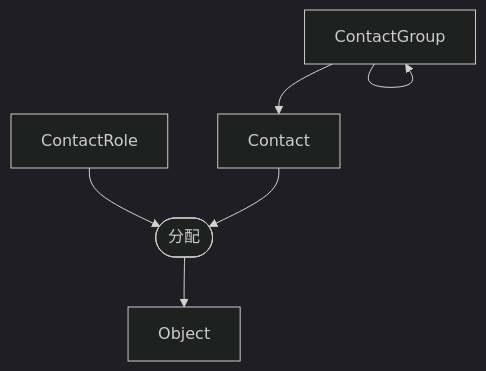
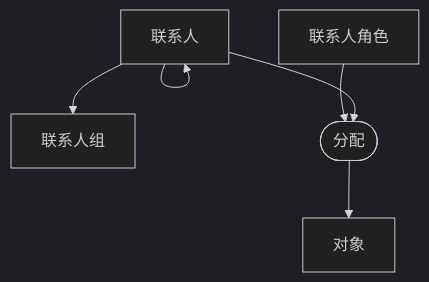
One commit to zituoguan/netbox changed the diagram in docs/features/contacts.md. Above: the diagram before and after it, drawn with Mermaid (dark theme). The commit also changed 185 other files, not shown here.

````diff
--- a/docs/features/contacts.md
+++ b/docs/features/contacts.md
@@ -5,10 +5,10 @@
 ```mermaid
 flowchart TD
-    ContactGroup --> ContactGroup & Contact
-    ContactRole & Contact --> assignment([分配])
-    assignment --> Object
+    联系人 --> 联系人组 & 联系人
+    联系人角色 & 联系人 --> 分配([分配])
+    分配 --> 对象
 
-click Contact "../../models/tenancy/contact/"
-click ContactGroup "../../models/tenancy/contactgroup/"
-click ContactRole "../../models/tenancy/contactrole/"
+click 联系人 "../../models/tenancy/contact/"
+click 联系人组 "../../models/tenancy/contactgroup/"
+click 联系人角色 "../../models/tenancy/contactrole/"
 ```
````
